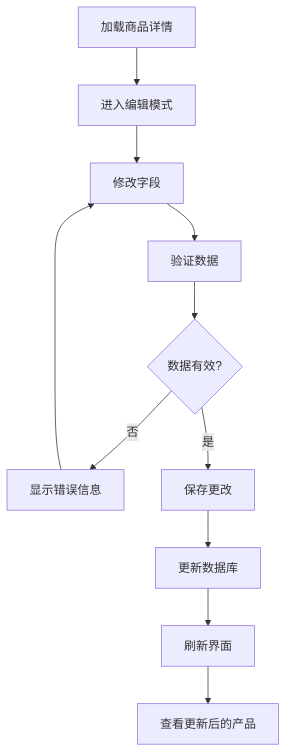
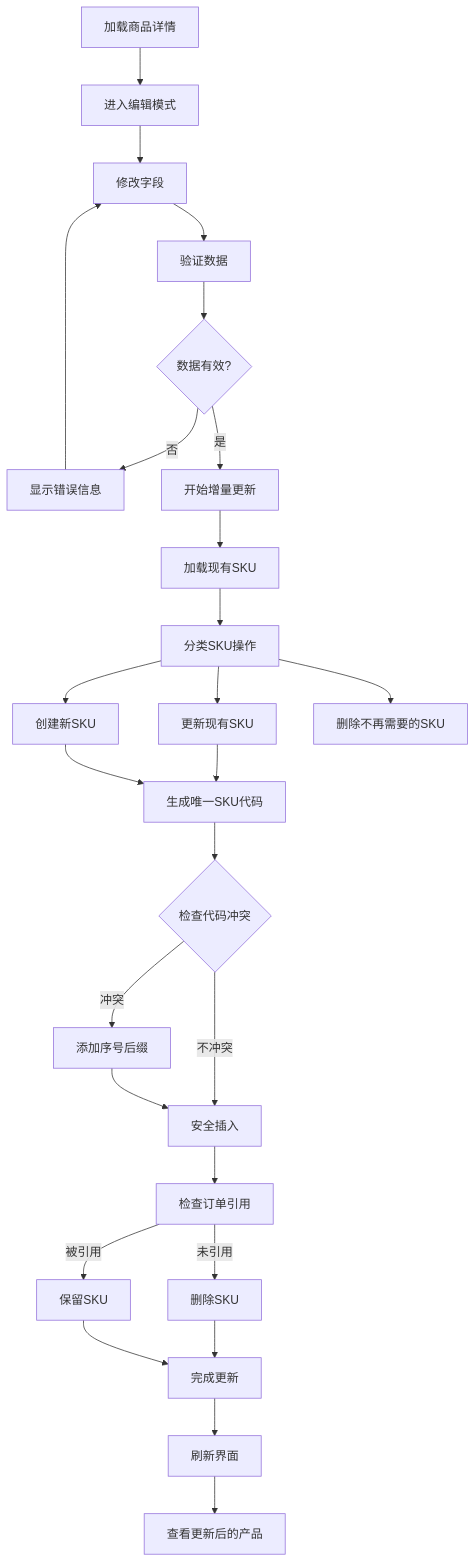
Diagram 14 of 16 in .qoder/repowiki/zh/content/管理后台系统/商品管理系统/商品编辑与创建.md (three3638-arch/celestia_2b), drawn with Mermaid before and after one commit. The commit also changed other lines of this file and 4 other files, not shown here.

````diff
--- a/.qoder/repowiki/zh/content/管理后台系统/商品管理系统/商品编辑与创建.md
+++ b/.qoder/repowiki/zh/content/管理后台系统/商品管理系统/商品编辑与创建.md
@@ -400,13 +542,28 @@
 ```mermaid
 flowchart TD
 LoadProduct[加载商品详情] --> EditMode[进入编辑模式]
 EditMode --> ModifyFields[修改字段]
 ModifyFields --> ValidateData[验证数据]
 ValidateData --> ValidData{数据有效?}
 ValidData --> |否| ShowErrors[显示错误信息]
-ValidData --> |是| SaveChanges[保存更改]
+ValidData --> |是| StartUpdate[开始增量更新]
 ShowErrors --> ModifyFields
-SaveChanges --> UpdateDB[更新数据库]
-UpdateDB --> RefreshUI[刷新界面]
+StartUpdate --> LoadExisting[加载现有SKU]
+LoadExisting --> Classify[分类SKU操作]
+Classify --> UpdateExisting[更新现有SKU]
+Classify --> CreateNew[创建新SKU]
+Classify --> DeleteOld[删除不再需要的SKU]
+UpdateExisting --> GenerateCode[生成唯一SKU代码]
+CreateNew --> GenerateCode
+GenerateCode --> CheckConflict{检查代码冲突}
+CheckConflict --> |冲突| AddSuffix[添加序号后缀]
+CheckConflict --> |不冲突| SafeInsert[安全插入]
+AddSuffix --> SafeInsert
+SafeInsert --> CheckOrders[检查订单引用]
+CheckOrders --> |被引用| KeepSKU[保留SKU]
+CheckOrders --> |未引用| DeleteSKU[删除SKU]
+DeleteSKU --> Complete[完成更新]
+KeepSKU --> Complete
+Complete --> RefreshUI[刷新界面]
 RefreshUI --> ViewProduct[查看更新后的产品]
 ```
````
